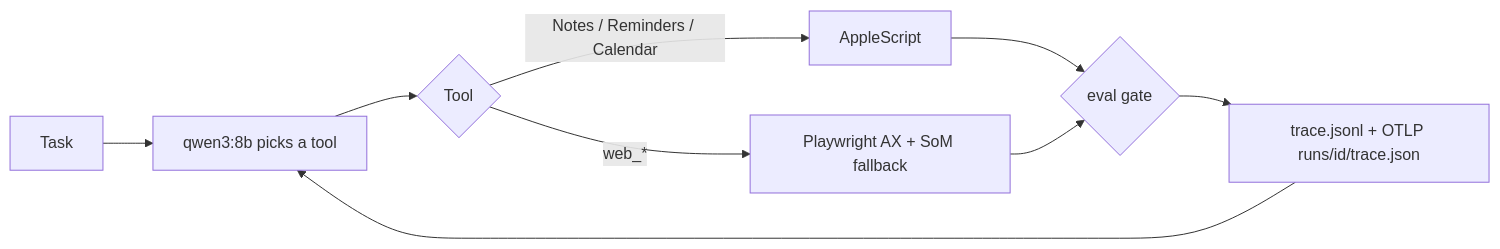
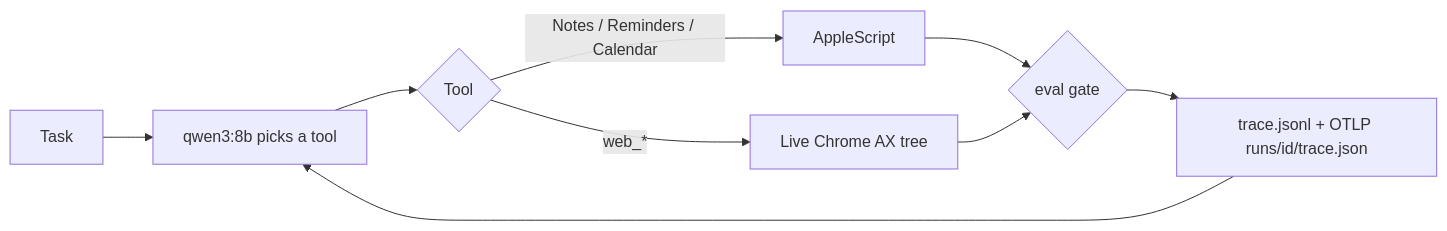
The second of 2 diagrams in README.md (hussainn7/mcp-vision), drawn with Mermaid before and after one commit. The commit also changed other lines of this file and 2 other files, not shown here.

Commit message:
docs for using your real chrome

````diff
--- a/README.md
+++ b/README.md
@@ -84,11 +101,11 @@
 ```mermaid
 graph LR
     A[Task] --> B[qwen3:8b picks a tool]
     B --> C{Tool}
     C -->|Notes / Reminders / Calendar| D[AppleScript]
-    C -->|web_*| E[Playwright AX + SoM fallback]
+    C -->|web_*| E[Live Chrome AX tree]
     D --> V{eval gate}
     E --> V
     V --> F[trace.jsonl + OTLP runs/id/trace.json]
     F --> B
 ```
````
